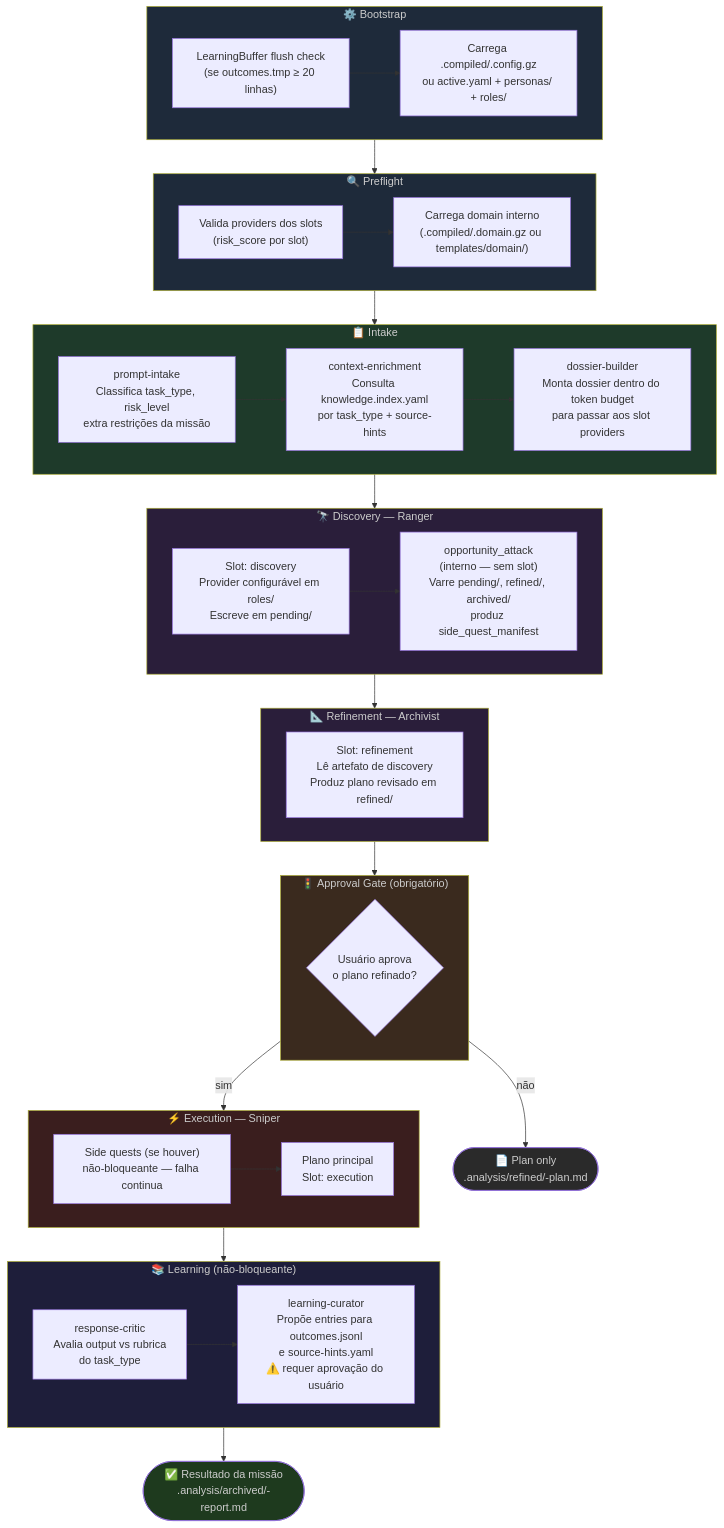
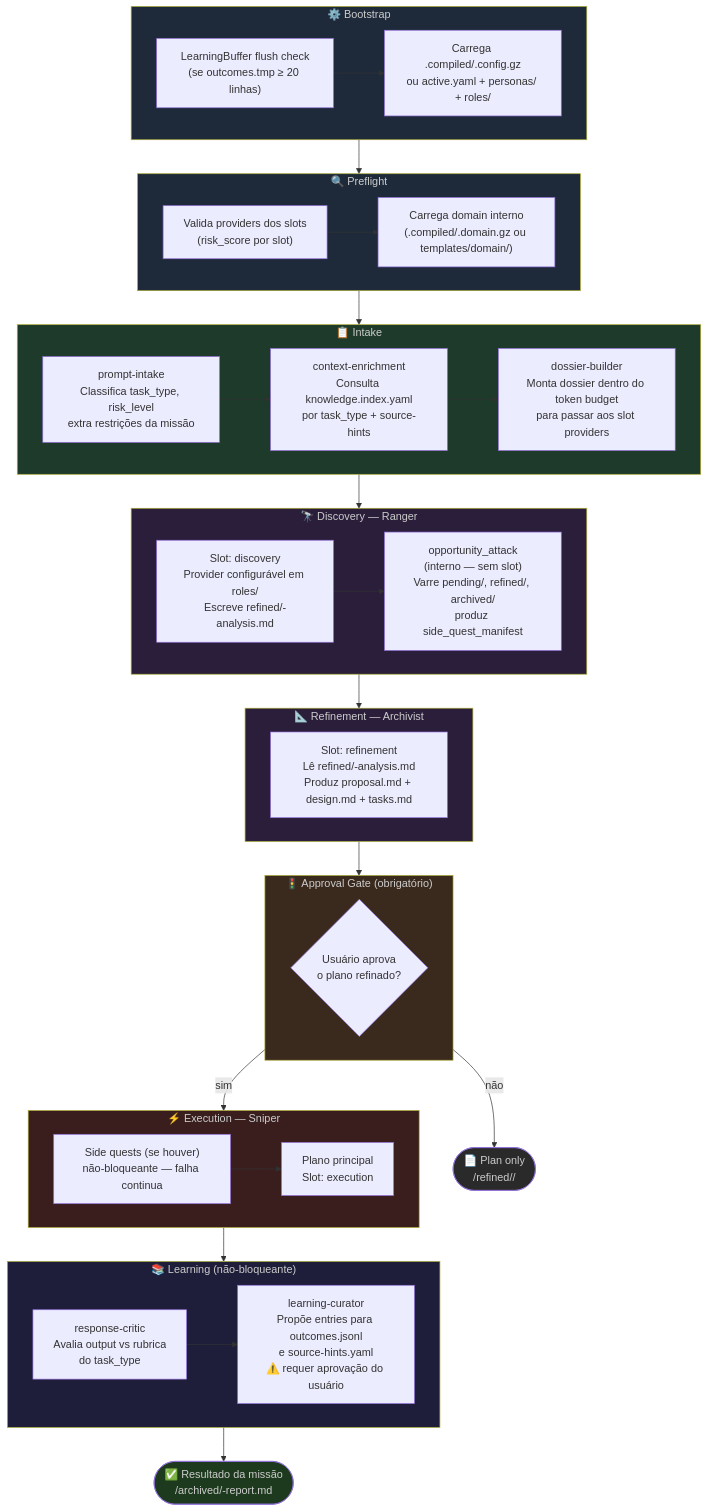
The fourth of 5 diagrams in docs/c4-diagrams.md (SergioLacerda/strategist-skill), drawn with Mermaid before and after one commit. The commit also changed other lines of this file and 107 other files, not shown here.

````diff
--- a/docs/c4-diagrams.md
+++ b/docs/c4-diagrams.md
@@ -103,65 +103,65 @@
 ```mermaid
 flowchart TD
     subgraph bootstrap["⚙️ Bootstrap"]
         B1["LearningBuffer flush check\n(se outcomes.tmp ≥ 20 linhas)"]
         B2["Carrega .compiled/.config.gz\nou active.yaml + personas/ + roles/"]
         B1 --> B2
     end
 
     subgraph preflight["🔍 Preflight"]
         P1["Valida providers dos slots\n(risk_score por slot)"]
         P2["Carrega domain interno\n(.compiled/.domain.gz ou templates/domain/)"]
         P1 --> P2
     end
 
     subgraph intake["📋 Intake"]
         I1["prompt-intake\nClassifica task_type, risk_level\nextra restrições da missão"]
         I2["context-enrichment\nConsulta knowledge.index.yaml\npor task_type + source-hints"]
         I3["dossier-builder\nMonta dossier dentro do token budget\npara passar aos slot providers"]
         I1 --> I2 --> I3
     end
 
     subgraph discovery["🔭 Discovery — Ranger"]
-        D1["Slot: discovery\nProvider configurável em roles/\nEscreve em pending/"]
+        D1["Slot: discovery\nProvider configurável em roles/\nEscreve refined/<id>-analysis.md"]
         D2["opportunity_attack\n(interno — sem slot)\nVarre pending/, refined/, archived/\nproduz side_quest_manifest"]
         D1 --> D2
     end
 
     subgraph refinement["📐 Refinement — Archivist"]
-        R1["Slot: refinement\nLê artefato de discovery\nProduz plano revisado em refined/"]
+        R1["Slot: refinement\nLê refined/<id>-analysis.md\nProduz proposal.md + design.md + tasks.md"]
     end
 
     subgraph gate["🚦 Approval Gate (obrigatório)"]
         AG{"Usuário aprova\no plano refinado?"}
     end
 
     subgraph execution["⚡ Execution — Sniper"]
         E1["Side quests (se houver)\nnão-bloqueante — falha continua"]
         E2["Plano principal\nSlot: execution"]
         E1 --> E2
     end
 
     subgraph learning["📚 Learning (não-bloqueante)"]
         L1["response-critic\nAvalia output vs rubrica\ndo task_type"]
         L2["learning-curator\nPropõe entries para outcomes.jsonl\ne source-hints.yaml\n⚠️ requer aprovação do usuário"]
         L1 --> L2
     end
 
-    RESULT(["✅ Resultado da missão\n.analysis/archived/<id>-report.md"])
-    PLAN_ONLY(["📄 Plan only\n.analysis/refined/<id>-plan.md"])
+    RESULT(["✅ Resultado da missão\n<base_path>/archived/<id>-report.md"])
+    PLAN_ONLY(["📄 Plan only\n<base_path>/refined/<id>/"])
 
     bootstrap --> preflight --> intake --> discovery --> refinement --> gate
     gate -- "sim" --> execution --> learning --> RESULT
     gate -- "não" --> PLAN_ONLY
 
     style bootstrap fill:#1e2a3a,color:#ccc
     style preflight fill:#1e2a3a,color:#ccc
     style intake fill:#1e3a2a,color:#ccc
     style discovery fill:#2a1e3a,color:#ccc
     style refinement fill:#2a1e3a,color:#ccc
     style gate fill:#3a2a1e,color:#ccc
     style execution fill:#3a1e1e,color:#ccc
     style learning fill:#1e1e3a,color:#ccc
     style RESULT fill:#1e3a1e,color:#ccc
     style PLAN_ONLY fill:#2a2a2a,color:#ccc
 ```
````
